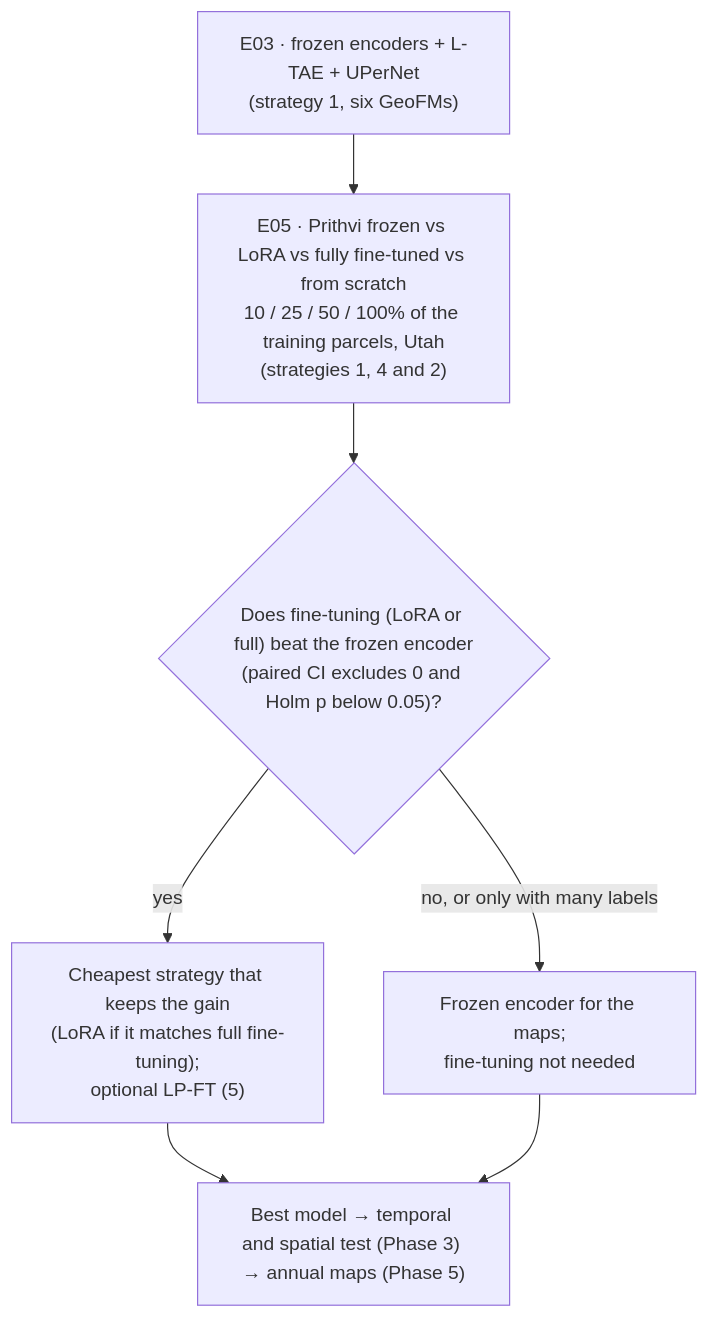
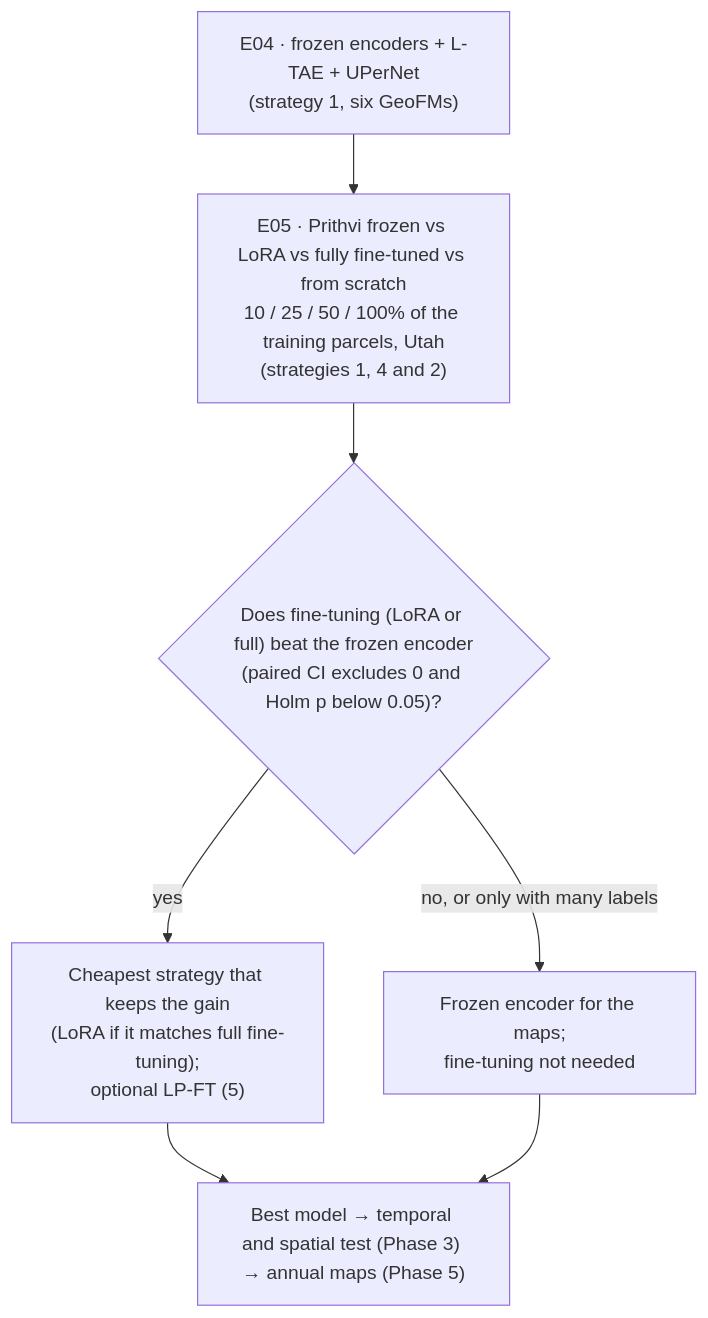
The diagram in docs/phase2_models/fine_tuning.md (amanchry/irrimapping-geofm), drawn with Mermaid before and after one commit. The commit also changed other lines of this file and 123 other files, not shown here.

Commit message:
Renumber E03 U-TAE / E04 frozen GeoFM; comparison page, E05 updates Week 2026-W47: results table and next steps

````diff
--- a/docs/phase2_models/fine_tuning.md
+++ b/docs/phase2_models/fine_tuning.md
@@ -110,9 +110,9 @@
 ```mermaid
 flowchart TD
-    A["E03 · frozen encoders + L-TAE + UPerNet<br/>(strategy 1, six GeoFMs)"] --> B["E05 · Prithvi frozen vs LoRA vs fully fine-tuned vs from scratch<br/>10 / 25 / 50 / 100% of the training parcels, Utah<br/>(strategies 1, 4 and 2)"]
+    A["E04 · frozen encoders + L-TAE + UPerNet<br/>(strategy 1, six GeoFMs)"] --> B["E05 · Prithvi frozen vs LoRA vs fully fine-tuned vs from scratch<br/>10 / 25 / 50 / 100% of the training parcels, Utah<br/>(strategies 1, 4 and 2)"]
     B --> C{"Does fine-tuning (LoRA or full) beat the frozen encoder<br/>(paired CI excludes 0 and Holm p below 0.05)?"}
     C -- "yes" --> D["Cheapest strategy that keeps the gain<br/>(LoRA if it matches full fine-tuning);<br/>optional LP-FT (5)"]
     C -- "no, or only with many labels" --> E["Frozen encoder for the maps;<br/>fine-tuning not needed"]
     D --> F["Best model → temporal and spatial test (Phase 3) → annual maps (Phase 5)"]
     E --> F
 ```
````
